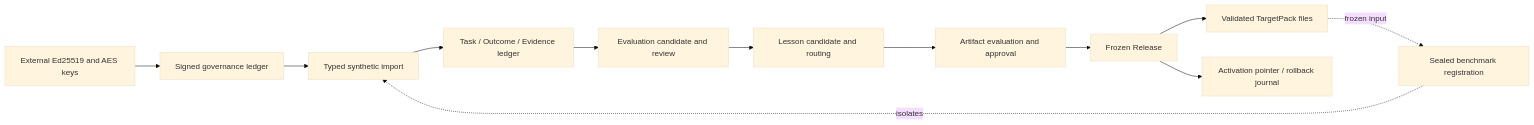
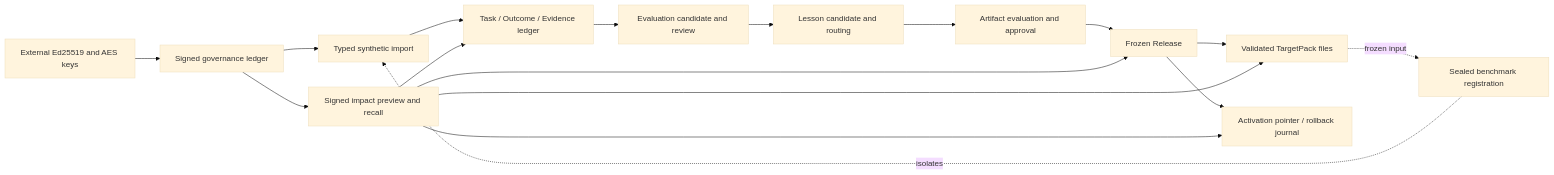
Before and after one commit to HydroAcrid/adaptation-compiler-lab: the diagram in ARCHITECTURE.md, drawn with Mermaid (base theme). The commit also changed other lines of this file and 38 other files, not shown here.

````diff
--- a/ARCHITECTURE.md
+++ b/ARCHITECTURE.md
@@ -12,14 +12,19 @@
 ```mermaid
 flowchart LR
     K["External Ed25519 and AES keys"] --> G["Signed governance ledger"]
     G --> I["Typed synthetic import"]
     I --> R["Task / Outcome / Evidence ledger"]
     R --> E["Evaluation candidate and review"]
     E --> L["Lesson candidate and routing"]
     L --> A["Artifact evaluation and approval"]
     A --> F["Frozen Release"]
     F --> P["Validated TargetPack files"]
     F --> X["Activation pointer / rollback journal"]
+    G --> C["Signed impact preview and recall"]
+    C --> R
+    C --> F
+    C --> P
+    C --> X
     B["Sealed benchmark registration"] -. isolates .-> I
     P -. frozen input .-> B
 ```
````
